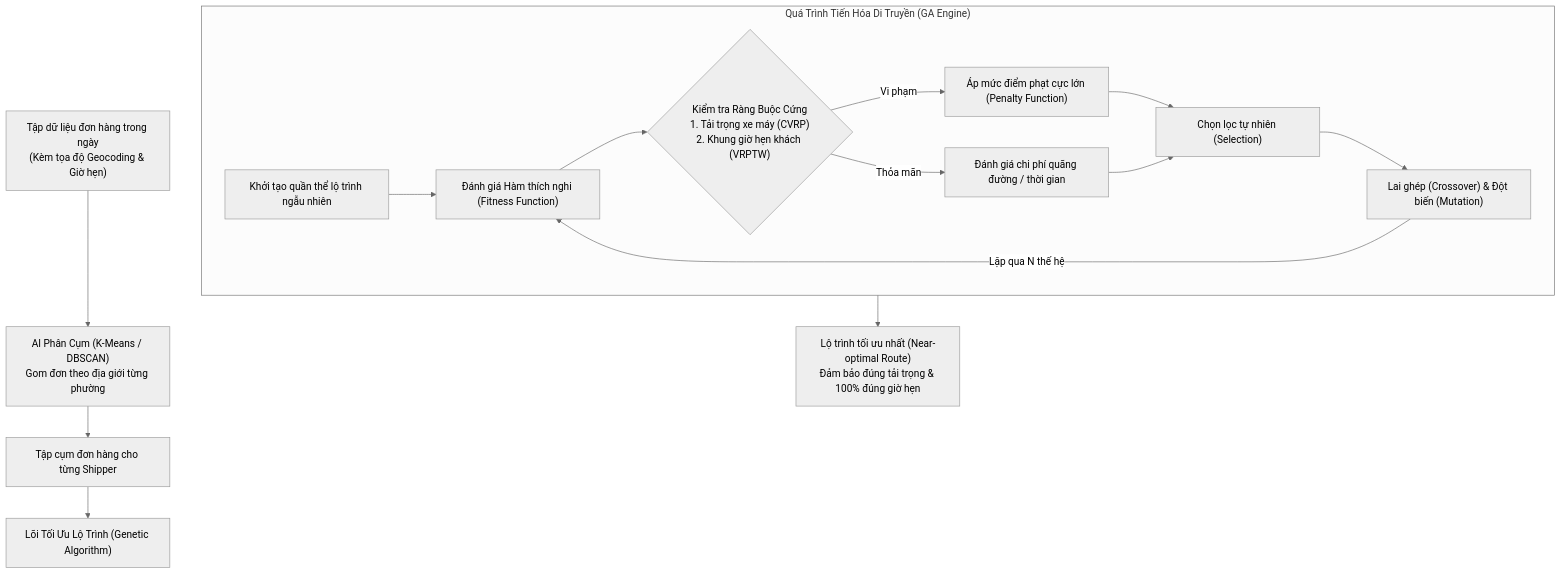
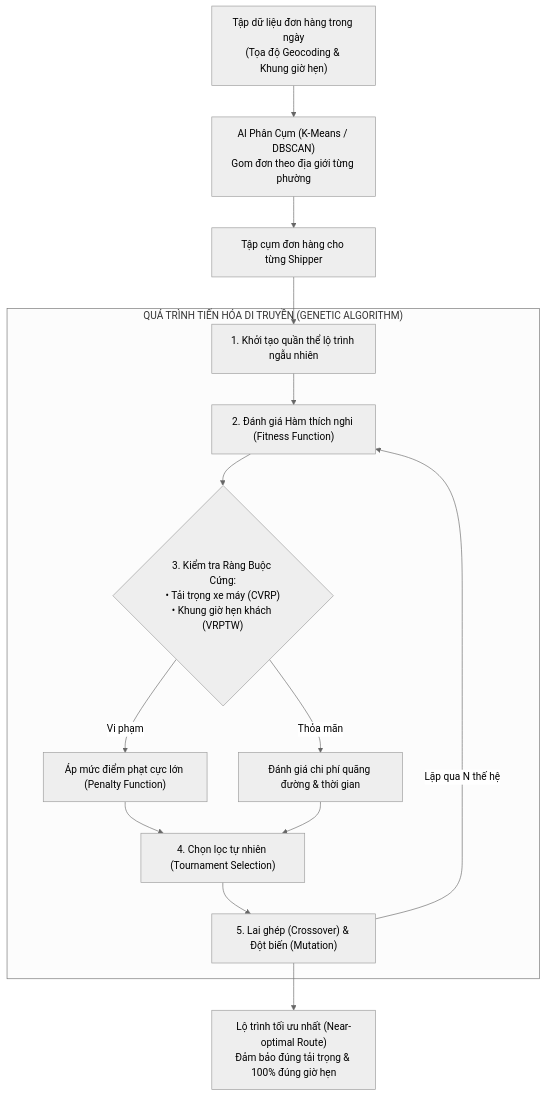
The second of 2 diagrams in BAO_CAO_CONG_NGHE_TECH_STACK.md (hungpptit/smart-logistics-platform), drawn with Mermaid (neutral theme) before and after one commit. The commit also changed other lines of this file, not shown here.

Commit message:
fix: sua cu phap so do mermaid trong bao cao cong nghe

````diff
--- a/BAO_CAO_CONG_NGHE_TECH_STACK.md
+++ b/BAO_CAO_CONG_NGHE_TECH_STACK.md
@@ -243,18 +238,19 @@
 ```mermaid
 flowchart TD
-    A["Tập dữ liệu đơn hàng trong ngày<br/>(Kèm tọa độ Geocoding & Giờ hẹn)"] --> B["AI Phân Cụm (K-Means / DBSCAN)<br/>Gom đơn theo địa giới từng phường"]
+    A["Tập dữ liệu đơn hàng trong ngày<br/>(Tọa độ Geocoding & Khung giờ hẹn)"] --> B["AI Phân Cụm (K-Means / DBSCAN)<br/>Gom đơn theo địa giới từng phường"]
     B --> C["Tập cụm đơn hàng cho từng Shipper"]
-    C --> D["Lõi Tối Ưu Lộ Trình (Genetic Algorithm)"]
+    C --> D1["1. Khởi tạo quần thể lộ trình ngẫu nhiên"]
     
-    subgraph GA_Engine ["Quá Trình Tiến Hóa Di Truyền (GA Engine)"]
-        D1["Khởi tạo quần thể lộ trình ngẫu nhiên"] --> D2["Đánh giá Hàm thích nghi (Fitness Function)"]
-        D2 --> D3{"Kiểm tra Ràng Buộc Cứng<br/>1. Tải trọng xe máy (CVRP)<br/>2. Khung giờ hẹn khách (VRPTW)"}
-        D3 -- "Vi phạm" --> D4["Áp mức điểm phạt cực lớn (Penalty Function)"]
-        D3 -- "Thỏa mãn" --> D5["Đánh giá chi phí quãng đường / thời gian"]
-        D4 & D5 --> D6["Chọn lọc tự nhiên (Selection)"]
-        D6 --> D7["Lai ghép (Crossover) & Đột biến (Mutation)"]
-        D7 -->|Lặp qua N thế hệ| D2
+    subgraph GA_Engine ["QUÁ TRÌNH TIẾN HÓA DI TRUYỀN (GENETIC ALGORITHM)"]
+        D1 --> D2["2. Đánh giá Hàm thích nghi (Fitness Function)"]
+        D2 --> D3{"3. Kiểm tra Ràng Buộc Cứng:<br/>• Tải trọng xe máy (CVRP)<br/>• Khung giờ hẹn khách (VRPTW)"}
+        D3 -->|"Vi phạm"| D4["Áp mức điểm phạt cực lớn (Penalty Function)"]
+        D3 -->|"Thỏa mãn"| D5["Đánh giá chi phí quãng đường & thời gian"]
+        D4 --> D6["4. Chọn lọc tự nhiên (Tournament Selection)"]
+        D5 --> D6
+        D6 --> D7["5. Lai ghép (Crossover) & Đột biến (Mutation)"]
+        D7 -->|"Lặp qua N thế hệ"| D2
     end
 
-    GA_Engine --> E["Lộ trình tối ưu nhất (Near-optimal Route)<br/>Đảm bảo đúng tải trọng & 100% đúng giờ hẹn"]
+    D7 --> E["Lộ trình tối ưu nhất (Near-optimal Route)<br/>Đảm bảo đúng tải trọng & 100% đúng giờ hẹn"]
 ```
````
